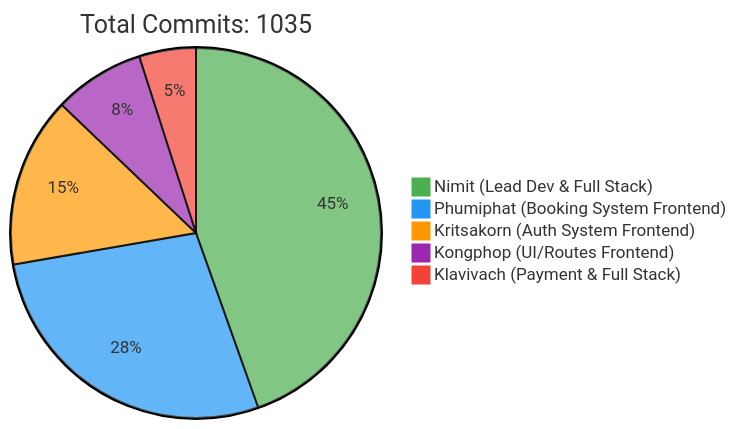
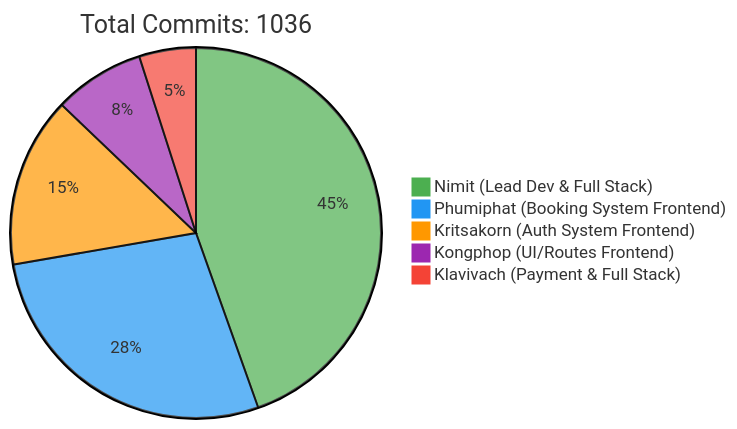
The first of 2 diagrams in README.md (6531503042/Sport-Complex), drawn with Mermaid before and after one commit. The commit also changed other lines of this file, not shown here.

Commit message:
docs: Update contributor statistics [skip ci]

````diff
--- a/README.md
+++ b/README.md
@@ -240,10 +240,10 @@
 ```mermaid
 %%{init: {'theme': 'base', 'themeVariables': { 'pie1': '#4CAF50', 'pie2': '#2196F3', 'pie3': '#FF9800', 'pie4': '#9C27B0', 'pie5': '#F44336'}}}%%
 pie
-    title Total Commits: 1035
+    title Total Commits: 1036
     "Nimit (Lead Dev & Full Stack)" : 450
     "Phumiphat (Booking System Frontend)" : 280
     "Kritsakorn (Auth System Frontend)" : 150
     "Kongphop (UI/Routes Frontend)" : 80
     "Klavivach (Payment & Full Stack)" : 50
 ```
````
